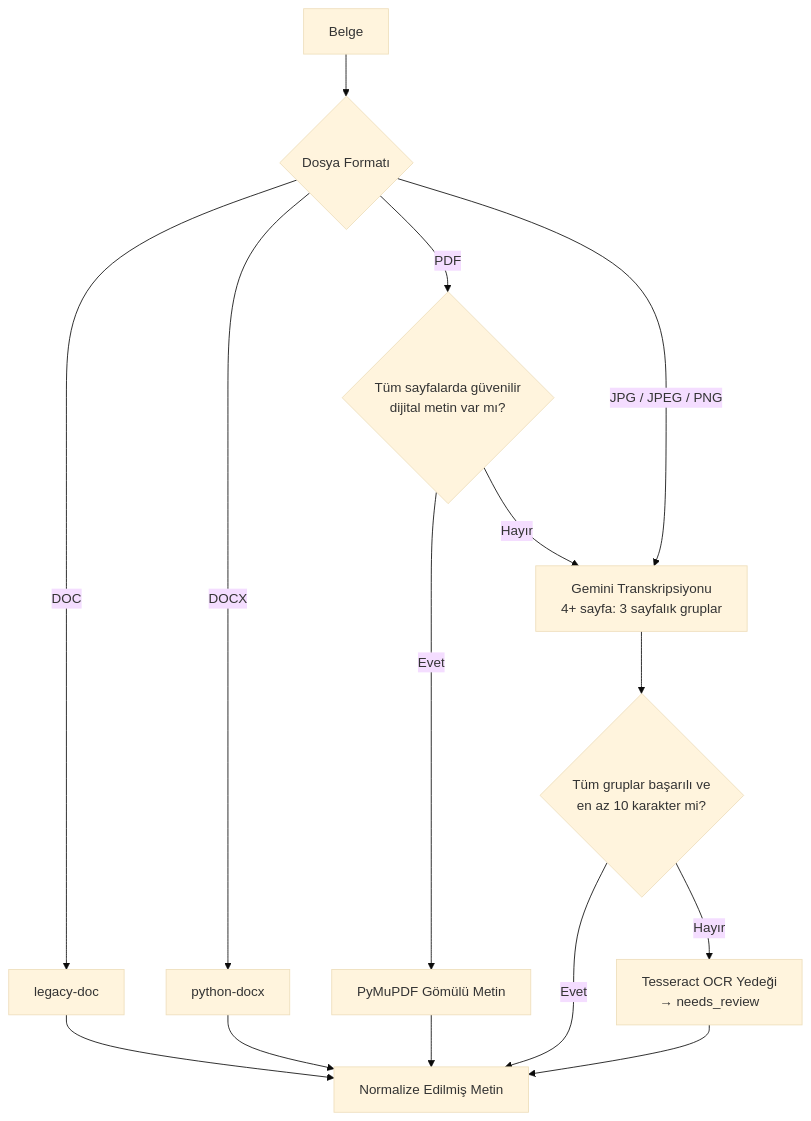
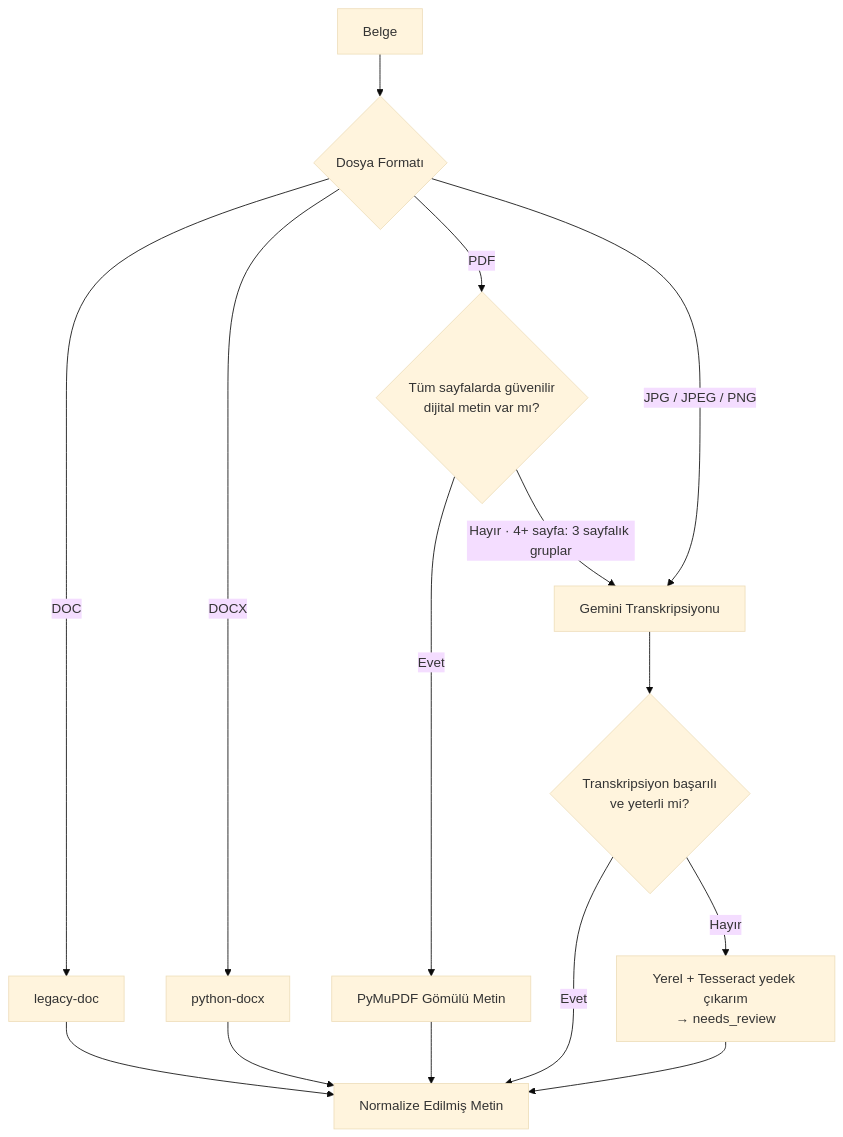
One commit to KeremGerede/dosya_sistemi changed the second of 2 diagrams in README.md. Above: the diagram before and after it, drawn with Mermaid (base theme). The commit also changed other lines of this file and 5 other files, not shown here.

````diff
--- a/README.md
+++ b/README.md
@@ -197,20 +197,20 @@
 ```mermaid
 flowchart TD
     A[Belge] --> B{Dosya Formatı}
 
     B -->|DOC| D[legacy-doc]
     B -->|DOCX| E[python-docx]
     B -->|PDF| C{Tüm sayfalarda güvenilir<br/>dijital metin var mı?}
-    B -->|JPG / JPEG / PNG| G[Gemini Transkripsiyonu<br/>4+ sayfa: 3 sayfalık gruplar]
+    B -->|JPG / JPEG / PNG| G[Gemini Transkripsiyonu]
 
     C -->|Evet| H[PyMuPDF Gömülü Metin]
-    C -->|Hayır| G
-    G --> K{Tüm gruplar başarılı ve<br/>en az 10 karakter mi?}
+    C -->|Hayır · 4+ sayfa: 3 sayfalık gruplar| G
+    G --> K{Transkripsiyon başarılı<br/>ve yeterli mi?}
     K -->|Evet| J[Normalize Edilmiş Metin]
-    K -->|Hayır| T[Tesseract OCR Yedeği<br/>→ needs_review]
+    K -->|Hayır| T[Yerel + Tesseract yedek çıkarım<br/>→ needs_review]
 
     H --> J
     D --> J
     E --> J
     T --> J
 ```
````
